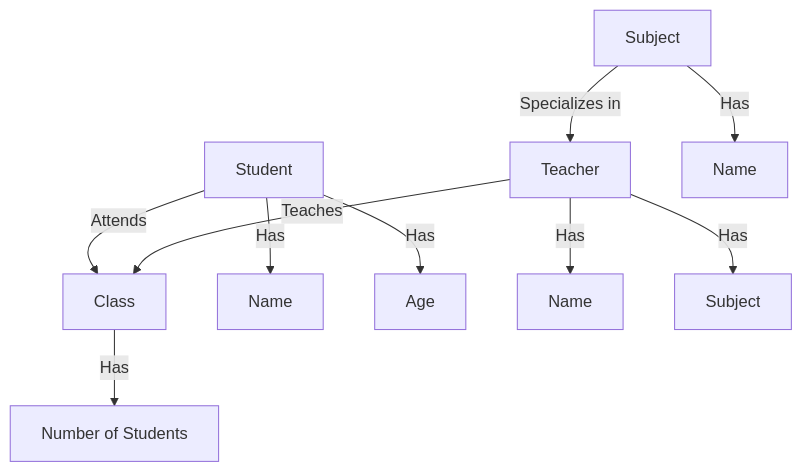
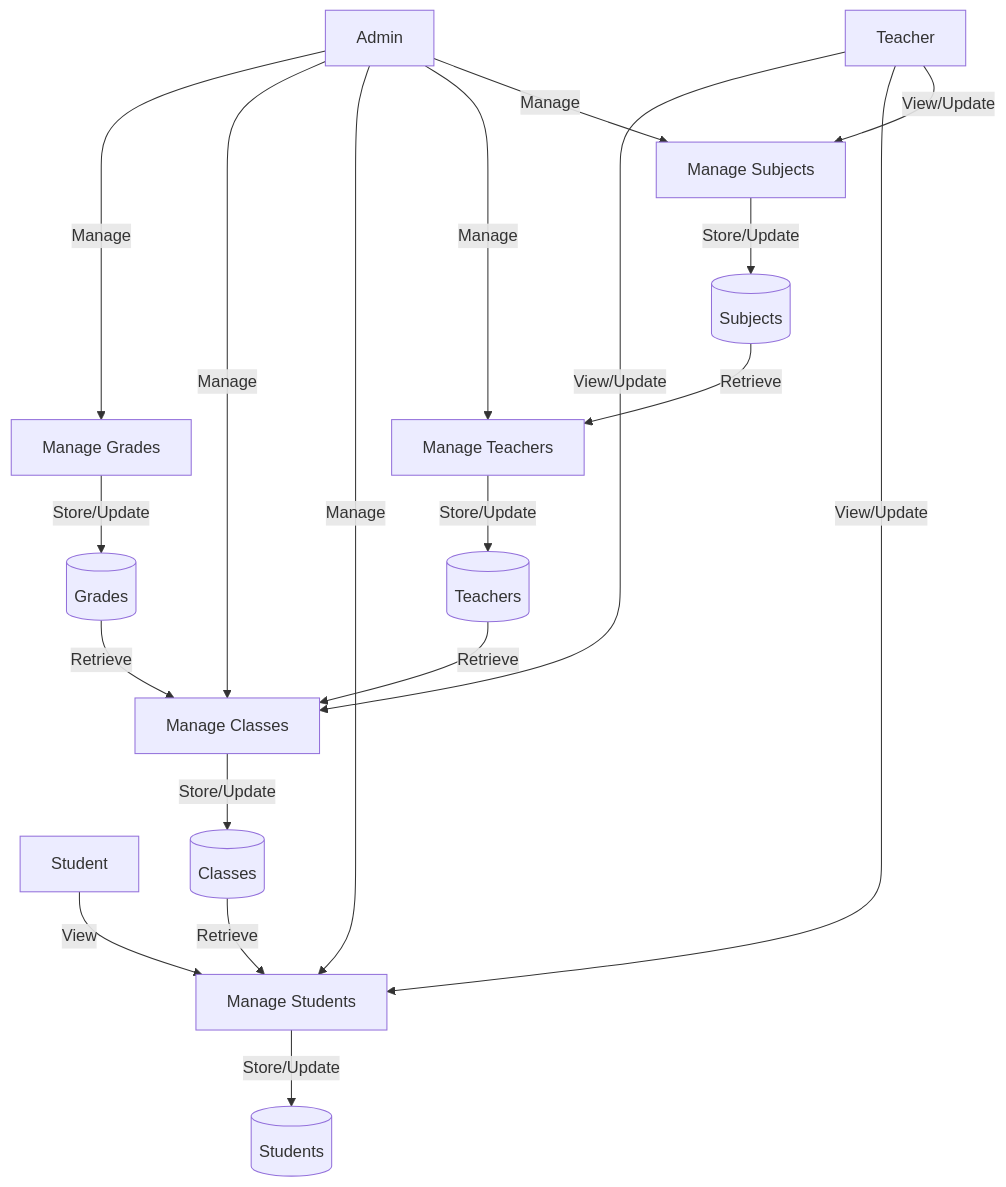
One commit to oasishun/book-ai-pair-programming changed the second of 3 diagrams in 07/README.md. Above: the diagram before and after it, drawn with Mermaid. The commit also changed other lines of this file and 3 other files, not shown here.

````diff
--- a/07/README.md
+++ b/07/README.md
@@ -51,12 +50,45 @@
 ```mermaid
 graph TD
-    A[Student] -->|Attends| B[Class]
-    C[Teacher] -->|Teaches| B
-    D[Subject] -->|Specializes in| C
-    B -->|Has| E[Number of Students]
-    A -->|Has| F[Name]
-    A -->|Has| G[Age]
-    C -->|Has| H[Name]
-    C -->|Has| I[Subject]
-    D -->|Has| J[Name]
+    %% External Entities
+    Admin[Admin]
+    Teacher[Teacher]
+    Student[Student]
+
+    %% Processes
+    P1[Manage Grades]
+    P2[Manage Classes]
+    P3[Manage Students]
+    P4[Manage Teachers]
+    P5[Manage Subjects]
+
+    %% Data Stores
+    D1[(Grades)]
+    D2[(Classes)]
+    D3[(Students)]
+    D4[(Teachers)]
+    D5[(Subjects)]
+
+    %% Data Flows
+    Admin -->|Manage| P1
+    Admin -->|Manage| P2
+    Admin -->|Manage| P3
+    Admin -->|Manage| P4
+    Admin -->|Manage| P5
+
+    Teacher -->|View/Update| P2
+    Teacher -->|View/Update| P3
+    Teacher -->|View/Update| P5
+
+    Student -->|View| P3
+
+    P1 -->|Store/Update| D1
+    P2 -->|Store/Update| D2
+    P3 -->|Store/Update| D3
+    P4 -->|Store/Update| D4
+    P5 -->|Store/Update| D5
+
+    D1 -->|Retrieve| P2
+    D2 -->|Retrieve| P3
+    D4 -->|Retrieve| P2
+    D5 -->|Retrieve| P4
 ```
````
